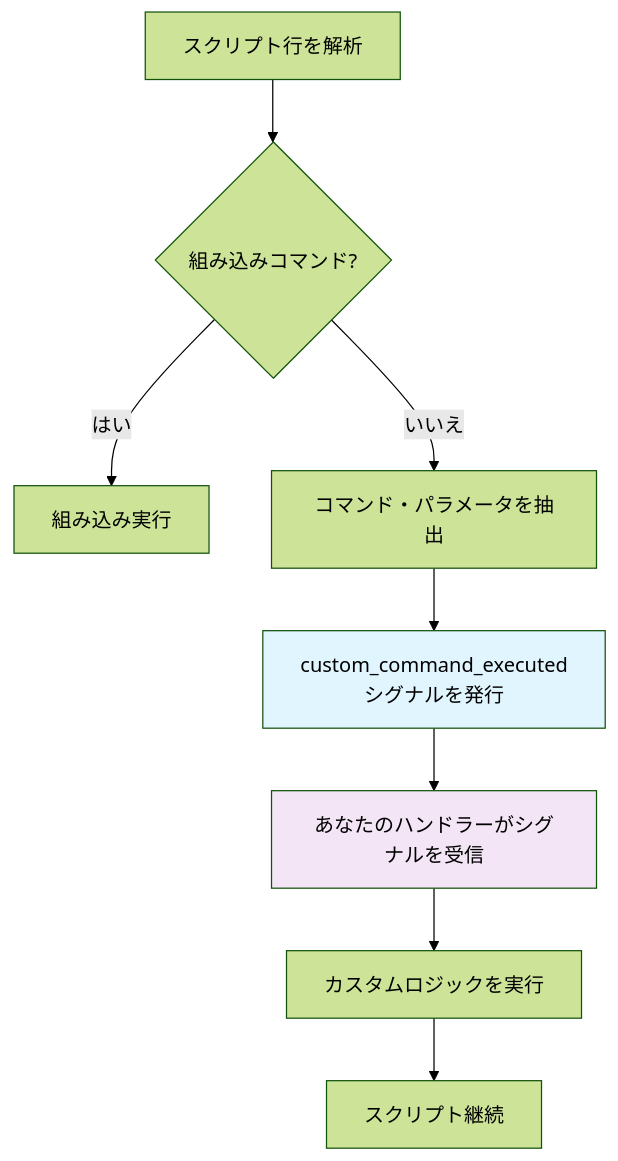
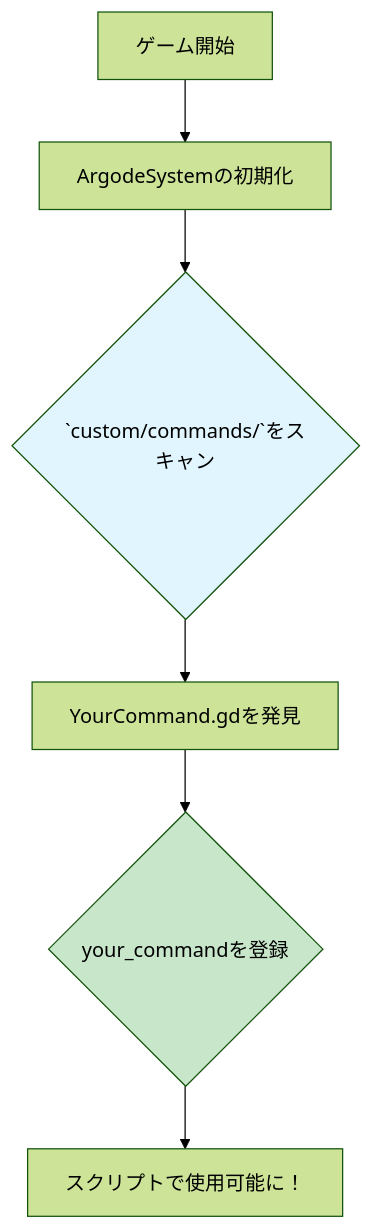
One commit to AheadGameStudio/Argode changed the diagram in docs/custom-commands/overview.ja.md. Above: the diagram before and after it, drawn with Mermaid (forest theme). The commit also changed other lines of this file and 5 other files, not shown here.

````diff
--- a/docs/custom-commands/overview.ja.md
+++ b/docs/custom-commands/overview.ja.md
@@ -9,13 +11,11 @@
 ```mermaid
 graph TD
-    A[スクリプト行を解析] --> B{組み込みコマンド?}
-    B -->|はい| C[組み込み実行]
-    B -->|いいえ| D[コマンド・パラメータを抽出]
-    D --> E[custom_command_executedシグナルを発行]
-    E --> F[あなたのハンドラーがシグナルを受信]
-    F --> G[カスタムロジックを実行]
-    G --> H[スクリプト継続]
-    
-    style E fill:#e1f5fe
-    style F fill:#f3e5f5
+    A[ゲーム開始] --> B[ArgodeSystemの初期化]
+    B --> C{`custom/commands/`をスキャン}
+    C --> D[YourCommand.gdを発見]
+    D --> E{"your_command"を登録}
+    E --> F[スクリプトで使用可能に！]
+
+    style C fill:#e1f5fe
+    style E fill:#c8e6c9
 ```
````
